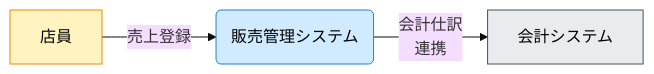
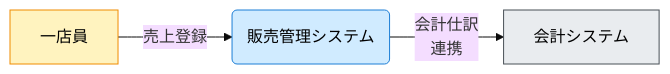
Before and after one commit to naoji3x/grandma-candy-shop: the seventh of 9 diagrams in docs/project/030-アーキテクチャ/010-C4コンテキスト図/cxd-mermaid-rules.md, drawn with Mermaid (base theme). The commit also changed other lines of this file, not shown here.

````diff
--- a/docs/project/030-アーキテクチャ/010-C4コンテキスト図/cxd-mermaid-rules.md
+++ b/docs/project/030-アーキテクチャ/010-C4コンテキスト図/cxd-mermaid-rules.md
@@ -170,12 +170,12 @@
 ```mermaid
 flowchart LR
-  店員["店員"] -->|"売上登録"| 販売管理システム("販売管理システム")
+  店員["一店員"] -->|"売上登録"| 販売管理システム("販売管理システム")
   販売管理システム -->|"会計仕訳<br>連携"| 会計システム["会計システム"]
 
   classDef person fill:#fff3bf,stroke:#f08c00,color:#000;
   classDef system fill:#d0ebff,stroke:#1c7ed6,color:#000;
   classDef external fill:#e9ecef,stroke:#495057,color:#000;
   class 店員 person;
   class 販売管理システム system;
   class 会計システム external;
 ```
````
